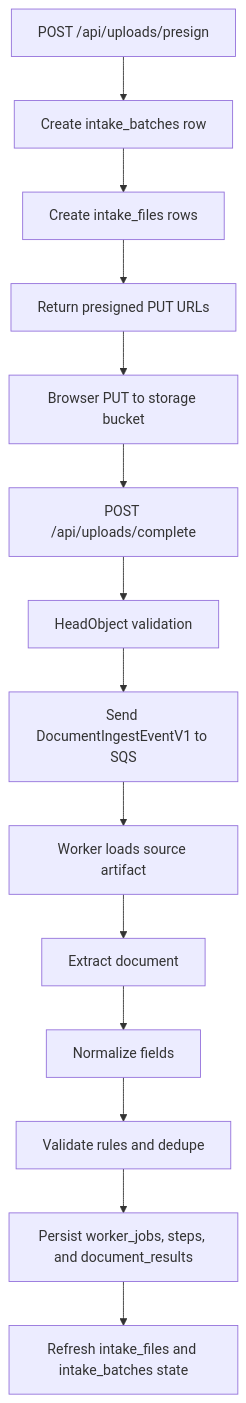
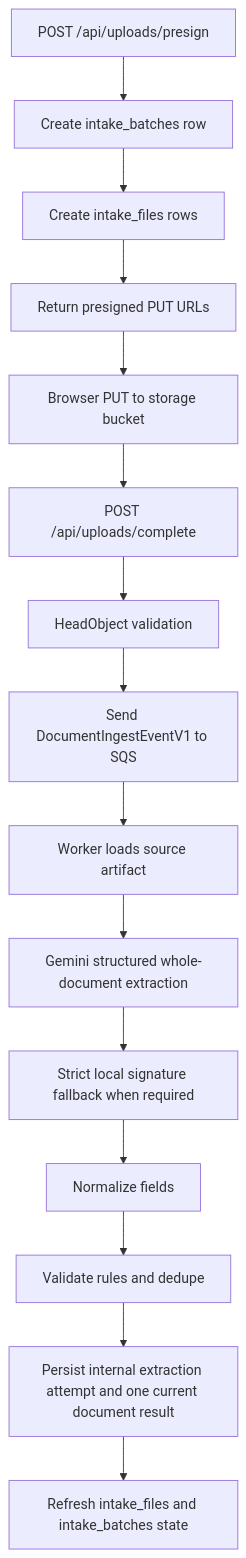
One commit to joseph-grospe/taxgenie-hackathon changed the second of 2 diagrams in docs/architecture/WORKFLOW_DIAGRAM.md. Above: the diagram before and after it, drawn with Mermaid. The commit also changed other lines of this file and 19 other files, not shown here.

````diff
--- a/docs/architecture/WORKFLOW_DIAGRAM.md
+++ b/docs/architecture/WORKFLOW_DIAGRAM.md
@@ -22,16 +26,17 @@
 ```mermaid
 flowchart TD
     A[POST /api/uploads/presign] --> B[Create intake_batches row]
     B --> C[Create intake_files rows]
     C --> D[Return presigned PUT URLs]
     D --> E[Browser PUT to storage bucket]
     E --> F[POST /api/uploads/complete]
     F --> G[HeadObject validation]
     G --> H[Send DocumentIngestEventV1 to SQS]
     H --> I[Worker loads source artifact]
-    I --> J[Extract document]
-    J --> K[Normalize fields]
+    I --> J["Gemini structured whole-document extraction"]
+    J --> V["Strict local signature fallback when required"]
+    V --> K[Normalize fields]
     K --> L[Validate rules and dedupe]
-    L --> M[Persist worker_jobs, steps, and document_results]
+    L --> M["Persist internal extraction attempt and one current document result"]
     M --> N[Refresh intake_files and intake_batches state]
 ```
````
